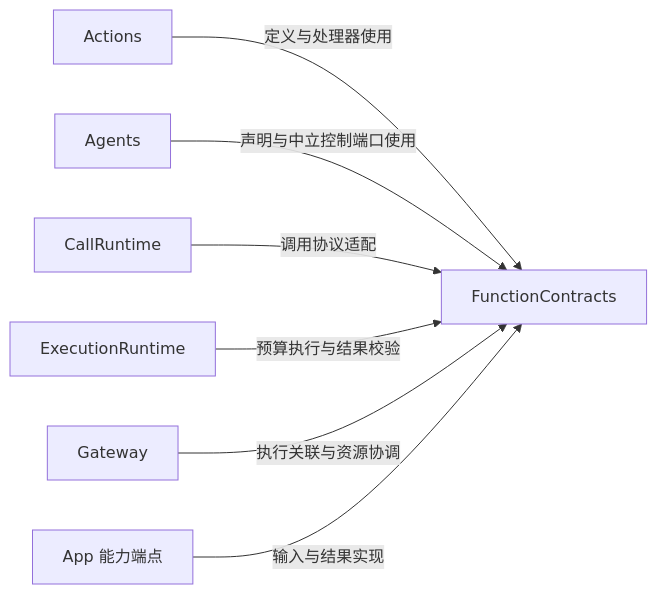
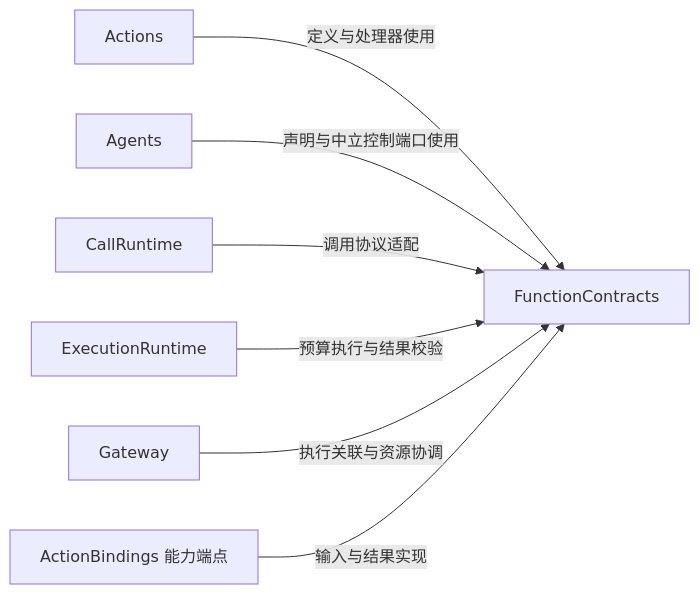
The first of 2 diagrams in MobileHarness/Actions/Support/Contracts/README.md (devilyouwei/MobileHarness), drawn with Mermaid before and after one commit. The commit also changed 254 other files, not shown here.

First line of the commit message:
refactor: isolate app composition and module bindings

````diff
--- a/MobileHarness/Actions/Support/Contracts/README.md
+++ b/MobileHarness/Actions/Support/Contracts/README.md
@@ -9,9 +9,9 @@
 ```mermaid
 flowchart LR
     Actions -->|定义与处理器使用| C[FunctionContracts]
     Agents -->|声明与中立控制端口使用| C
     CallRuntime -->|调用协议适配| C
     ExecutionRuntime -->|预算执行与结果校验| C
     Gateway -->|执行关联与资源协调| C
-    Host[App 能力端点] -->|输入与结果实现| C
+    Host[ActionBindings 能力端点] -->|输入与结果实现| C
 ```
````
